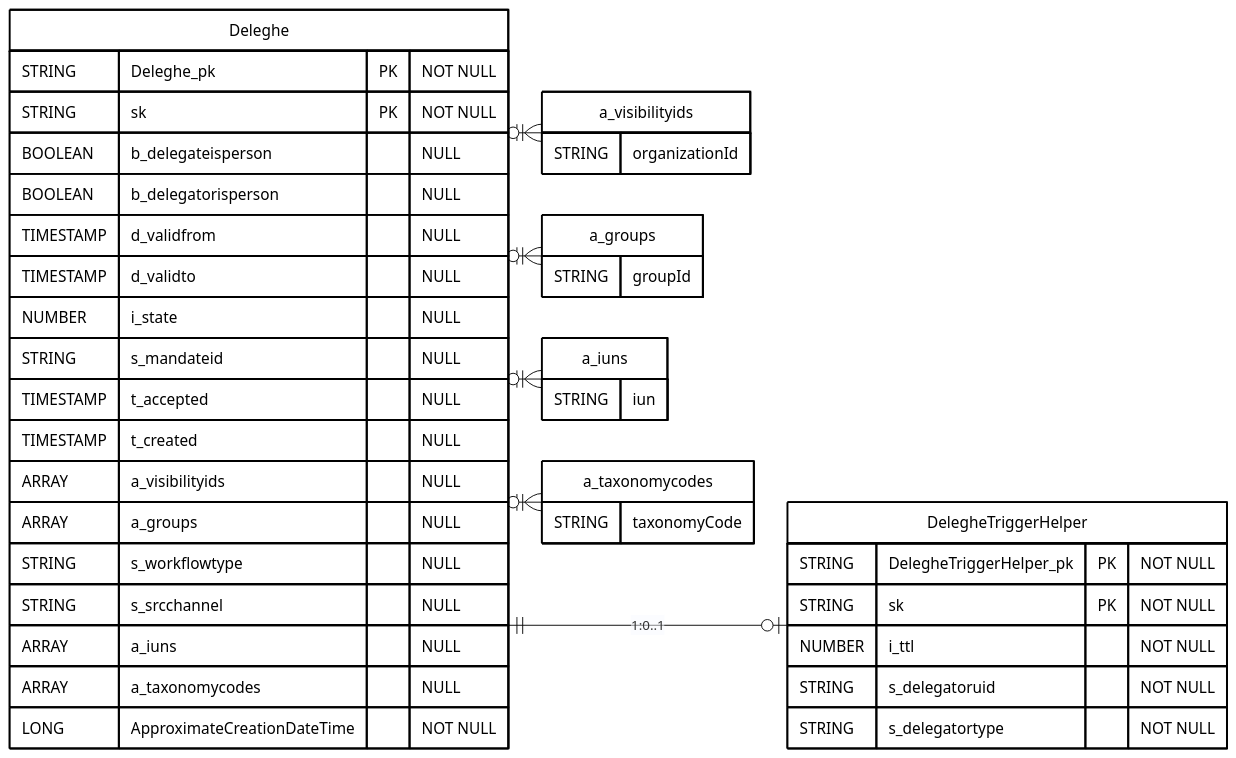
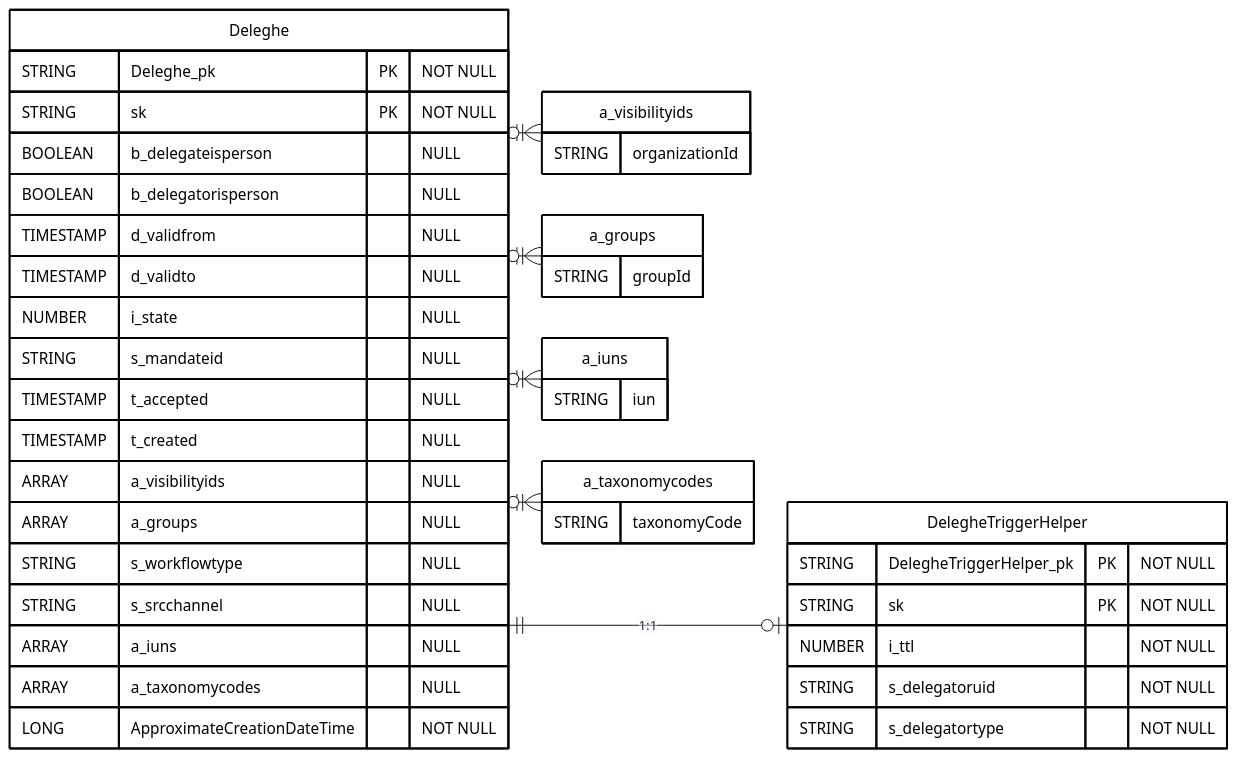
One commit to pagopa/pn-metrics changed the diagram in send_diagrams/data-models/deleghe_v_0_0_2/deleghe_v_0_0_2.mmd. Above: the diagram before and after it, drawn with Mermaid.

Commit message:
fix: update deleghe v.0.0.2 model relationship

```diff
--- a/send_diagrams/data-models/deleghe_v_0_0_2/deleghe_v_0_0_2.mmd
+++ b/send_diagrams/data-models/deleghe_v_0_0_2/deleghe_v_0_0_2.mmd
@@ -1,69 +1,69 @@
 ---
 config:
   layout: elk
   theme: base
 ---
 erDiagram
 
     %% diagram version: 1.0.0
 
     %% sources:
     %% - dc-pn-mandate.yaml
     %%   id: urn:send:recapiti-deleghe:mandate
     %%   version: 0.0.2
 
     direction LR
 
     Deleghe {
         STRING Deleghe_pk PK "NOT NULL"
         STRING sk PK "NOT NULL"
         BOOLEAN b_delegateisperson "NULL"
         BOOLEAN b_delegatorisperson "NULL"
         TIMESTAMP d_validfrom "NULL"
         TIMESTAMP d_validto "NULL"
         NUMBER i_state "NULL"
         STRING s_mandateid "NULL"
         TIMESTAMP t_accepted "NULL"
         TIMESTAMP t_created "NULL"
         ARRAY a_visibilityids "NULL"
         ARRAY a_groups "NULL"
         STRING s_workflowtype "NULL"
         STRING s_srcchannel "NULL"
         ARRAY a_iuns "NULL"
         ARRAY a_taxonomycodes "NULL"
         LONG ApproximateCreationDateTime "NOT NULL"
         }
     a_visibilityids {
         STRING organizationId
     }
     a_groups {
         STRING groupId
     }
     a_iuns {
         STRING iun
     }
     a_taxonomycodes {
         STRING taxonomyCode
     }
     DelegheTriggerHelper {
         STRING DelegheTriggerHelper_pk PK "NOT NULL"
         STRING sk PK "NOT NULL"
         NUMBER i_ttl "NOT NULL"
         STRING s_delegatoruid "NOT NULL"
         STRING s_delegatortype "NOT NULL"
     }
 
     %% RELAZIONI
     Deleghe ||--o{ a_visibilityids : ""
     Deleghe ||--o{ a_groups : ""
     Deleghe ||--o{ a_iuns : ""
     Deleghe ||--o{ a_taxonomycodes : ""
-    Deleghe ||--o| DelegheTriggerHelper : "1:0..1"
+    Deleghe ||--o| DelegheTriggerHelper : "1:1"
 
     %% STILE
     style Deleghe fill:#FFFFFF,stroke:#000000,stroke-width:2px,color:#000000
     style a_visibilityids fill:#FFFFFF,stroke:#000000,stroke-width:2px,color:#000000
     style a_groups fill:#FFFFFF,stroke:#000000,stroke-width:2px,color:#000000
     style a_iuns fill:#FFFFFF,stroke:#000000,stroke-width:2px,color:#000000
     style a_taxonomycodes fill:#FFFFFF,stroke:#000000,stroke-width:2px,color:#000000
     style DelegheTriggerHelper fill:#FFFFFF,stroke:#000000,stroke-width:2px,color:#000000
```
